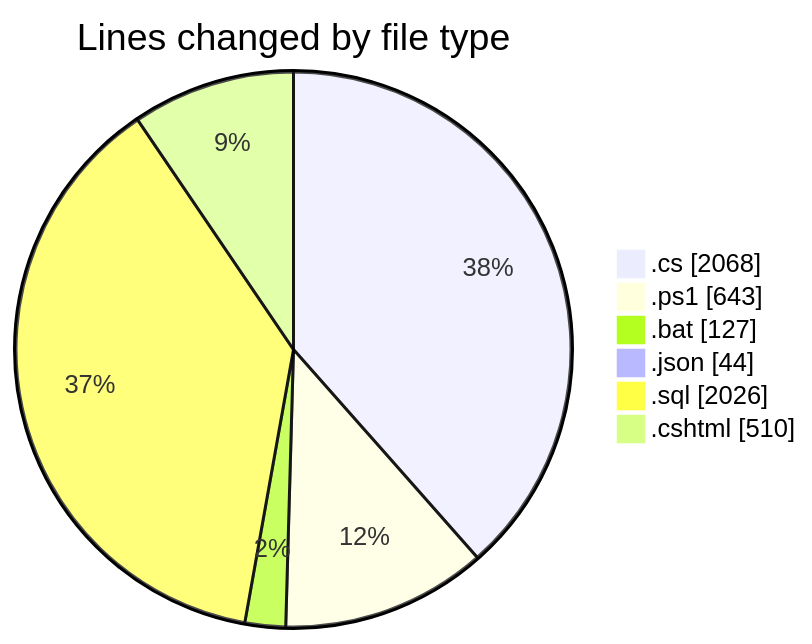
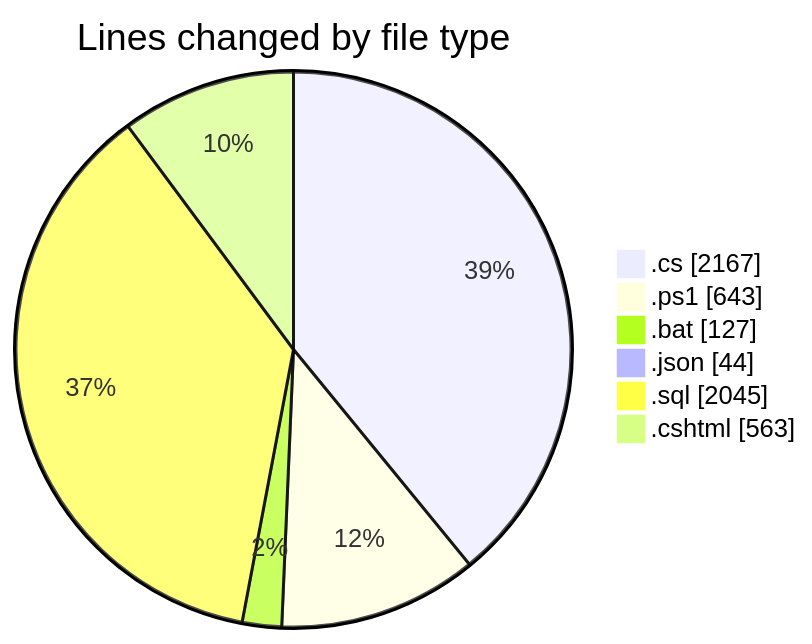
The first of 2 diagrams in 2025-07-28/quanlyrapchieuphim-2/README.md (lephambinh05/code-tracking), drawn with Mermaid before and after one commit. The commit also changed other lines of this file and 1 other file, not shown here.

````diff
--- a/2025-07-28/quanlyrapchieuphim-2/README.md
+++ b/2025-07-28/quanlyrapchieuphim-2/README.md
@@ -45,10 +46,10 @@
 ```mermaid
 pie showData
 title Lines changed by file type
-".cs" : 2068
+".cs" : 2167
 ".ps1" : 643
 ".bat" : 127
 ".json" : 44
-".sql" : 2026
-".cshtml" : 510
+".sql" : 2045
+".cshtml" : 563
 ```
````
